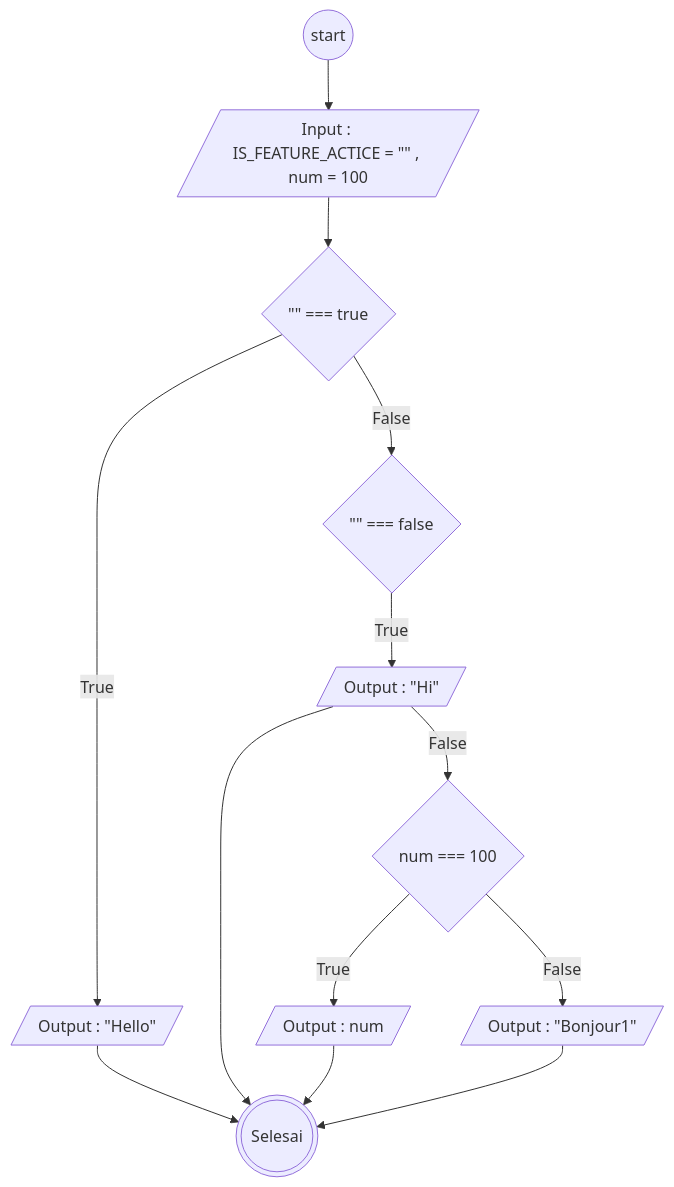
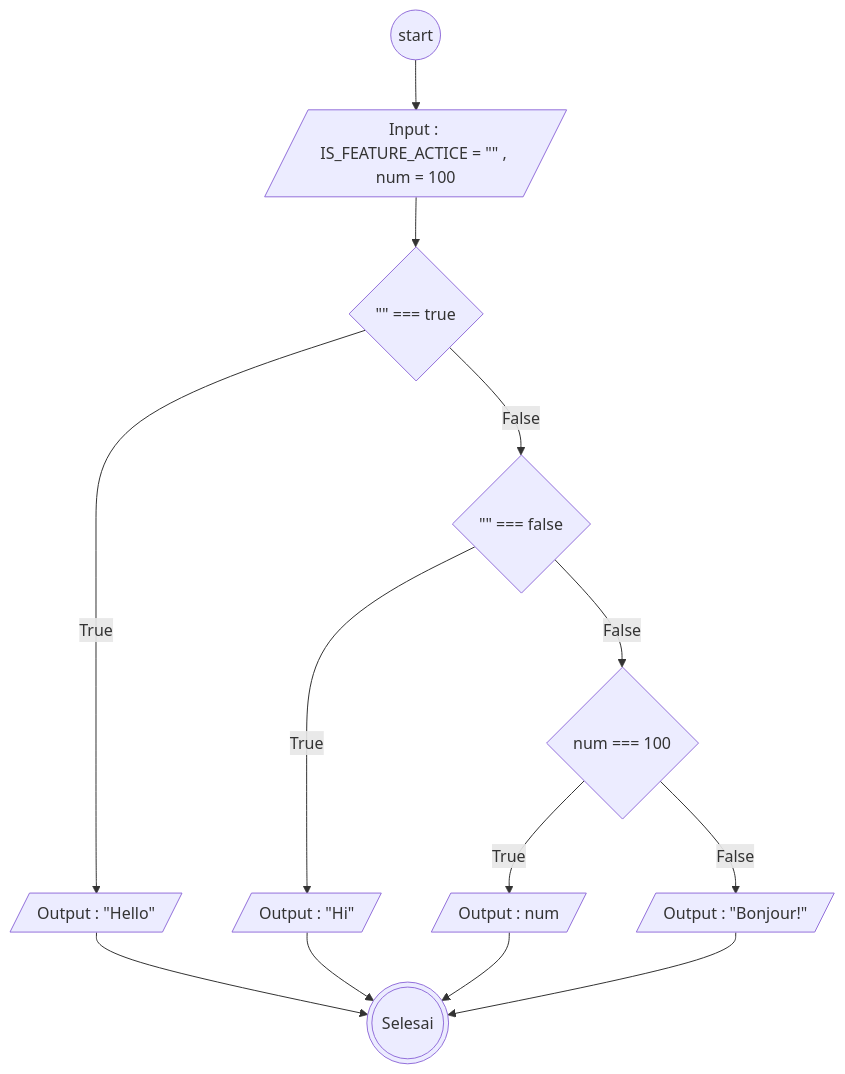
Before and after one commit to adityabastyas/koda-b6-javascript1: the diagram in flowchart-switch.md, drawn with Mermaid.

Commit message:
Fix output label in flowchart switch
Updated output label from 'Bonjour1' to 'Bonjour!' in flowchart.

````diff
--- a/flowchart-switch.md
+++ b/flowchart-switch.md
@@ -5,27 +5,27 @@
 ```mermaid
 flowchart
   start@{shape: circle}
   input@{shape: lean-r, label: 'Input : IS_FEATURE_ACTICE = "" , num = 100'}
   true@{shape: diamond, label: '"" === true'}
   outputTrue@{shape: lean-r, label : 'Output : "Hello"'}
   false@{shape: diamond, label: '"" === false'}
   outputFalse@{shape: lean-r, label : 'Output : "Hi"'}
   default@{shape: diamond, label: 'num === 100'}
   defaultTrue@{shape: lean-r, label : 'Output : num'}
-  defaultFalse@{shape: lean-r, label : 'Output : "Bonjour1"'}
+  defaultFalse@{shape: lean-r, label : 'Output : "Bonjour!"'}
 
   selesai@{shape: dbl-circ, label: "Selesai"}
 
   start --> input
   input --> true
   true --True --> outputTrue -->  selesai
   true --False --> false
-  false --True-->  outputFalse -->  selesai
-  outputFalse --False--> default
+  false --True-->  outputFalse  -->  selesai
+  false --False--> default
   default --True--> defaultTrue -->  selesai
   default --False--> defaultFalse -->  selesai
 
 
 
 
 ```
````
